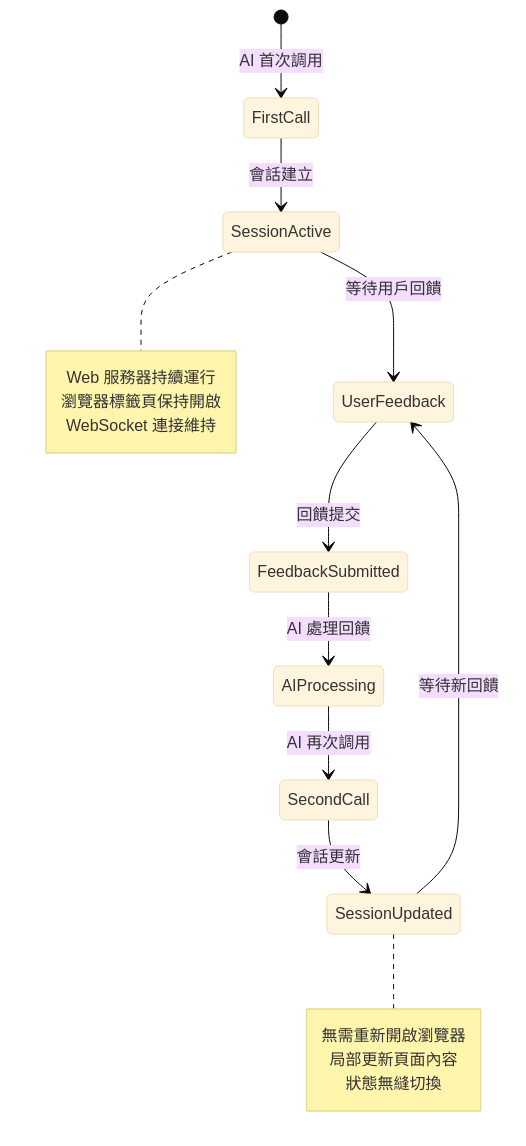
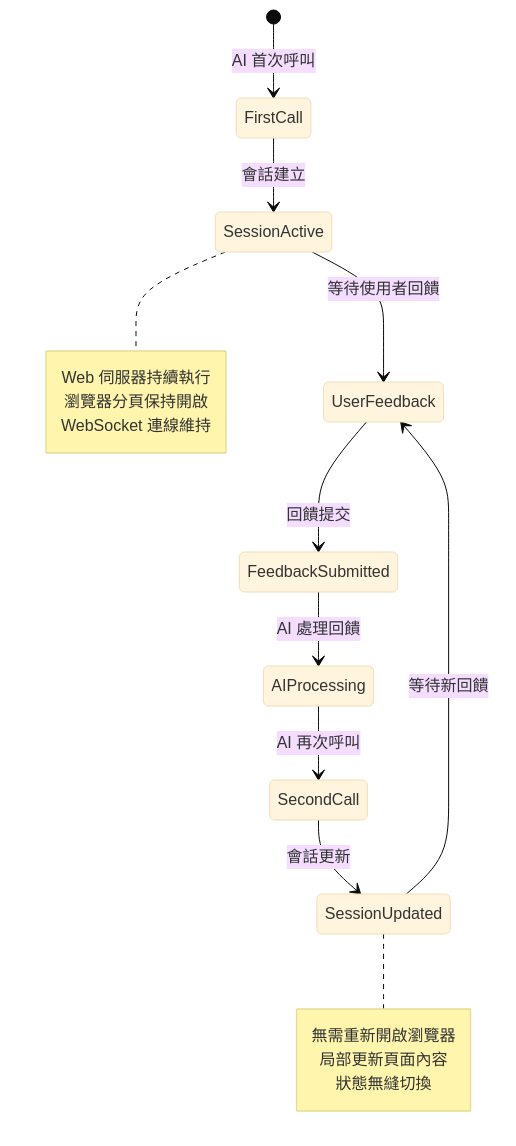
Before and after one commit to CloudEngineHub/mcp-feedback-enhanced: the fourth of 12 diagrams in docs/architecture/interaction-flows.md, drawn with Mermaid (base theme). The commit also changed other lines of this file, not shown here.

````diff
--- a/docs/architecture/interaction-flows.md
+++ b/docs/architecture/interaction-flows.md
@@ -231,23 +231,23 @@
 ```mermaid
 stateDiagram-v2
-    [*] --> FirstCall: AI 首次調用
+    [*] --> FirstCall: AI 首次呼叫
     FirstCall --> SessionActive: 會話建立
-    SessionActive --> UserFeedback: 等待用戶回饋
+    SessionActive --> UserFeedback: 等待使用者回饋
     UserFeedback --> FeedbackSubmitted: 回饋提交
     FeedbackSubmitted --> AIProcessing: AI 處理回饋
-    AIProcessing --> SecondCall: AI 再次調用
+    AIProcessing --> SecondCall: AI 再次呼叫
     SecondCall --> SessionUpdated: 會話更新
     SessionUpdated --> UserFeedback: 等待新回饋
 
     note right of SessionActive
-        Web 服務器持續運行
-        瀏覽器標籤頁保持開啟
-        WebSocket 連接維持
+        Web 伺服器持續執行
+        瀏覽器分頁保持開啟
+        WebSocket 連線維持
     end note
 
     note right of SessionUpdated
         無需重新開啟瀏覽器
         局部更新頁面內容
         狀態無縫切換
     end note
 ```
````
